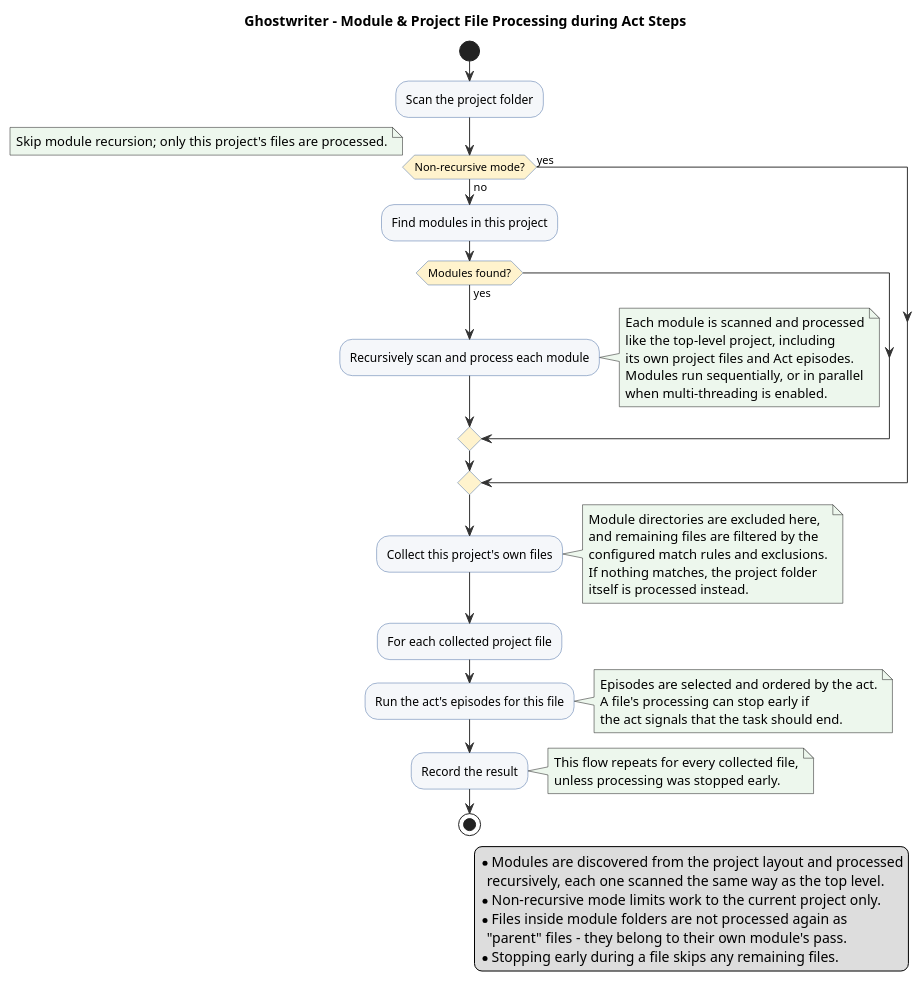
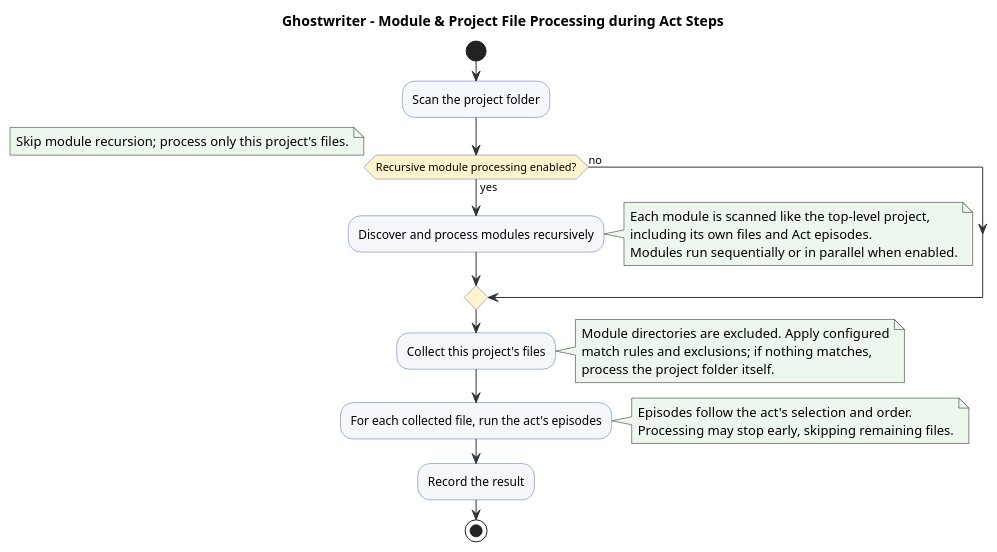
The diagram in src/site/puml/module-file-act-processing.puml (machanism-org/ghostwriter), drawn with PlantUML before and after one commit. The commit also changed 3 other files, not shown here.

First line of the commit message:
docs: clarify processor and act workflow diagrams

```diff
--- a/src/site/puml/module-file-act-processing.puml
+++ b/src/site/puml/module-file-act-processing.puml
@@ -7,66 +7,42 @@
 @startuml
 title Ghostwriter - Module & Project File Processing during Act Steps
 
 skinparam ArrowColor #333333
 skinparam ActivityBackgroundColor #F5F7FA
 skinparam ActivityBorderColor #4A6FA5
 skinparam ActivityDiamondBackgroundColor #FFF3CD
 skinparam NoteBackgroundColor #EDF7ED
 
 start
 
 :Scan the project folder;
 
-if (Non-recursive mode?) then (yes)
-  note right: Skip module recursion; only this project's files are processed.
+if (Recursive module processing enabled?) then (yes)
+  :Discover and process modules recursively;
+  note right
+    Each module is scanned like the top-level project,
+    including its own files and Act episodes.
+    Modules run sequentially or in parallel when enabled.
+  end note
 else (no)
-  :Find modules in this project;
-  if (Modules found?) then (yes)
-    :Recursively scan and process each module;
-    note right
-      Each module is scanned and processed
-      like the top-level project, including
-      its own project files and Act episodes.
-      Modules run sequentially, or in parallel
-      when multi-threading is enabled.
-    end note
-  endif
+  note right: Skip module recursion; process only this project's files.
 endif
 
-:Collect this project's own files;
+:Collect this project's files;
 note right
-  Module directories are excluded here,
-  and remaining files are filtered by the
-  configured match rules and exclusions.
-  If nothing matches, the project folder
-  itself is processed instead.
+  Module directories are excluded. Apply configured
+  match rules and exclusions; if nothing matches,
+  process the project folder itself.
 end note
 
-:For each collected project file;
-
-:Run the act's episodes for this file;
+:For each collected file, run the act's episodes;
 note right
-  Episodes are selected and ordered by the act.
-  A file's processing can stop early if
-  the act signals that the task should end.
+  Episodes follow the act's selection and order.
+  Processing may stop early, skipping remaining files.
 end note
 
 :Record the result;
 
-note right
-  This flow repeats for every collected file,
-  unless processing was stopped early.
-end note
-
 stop
 
-legend right
-  * Modules are discovered from the project layout and processed
-    recursively, each one scanned the same way as the top level.
-  * Non-recursive mode limits work to the current project only.
-  * Files inside module folders are not processed again as
-    "parent" files - they belong to their own module's pass.
-  * Stopping early during a file skips any remaining files.
-endlegend
-
 @enduml
```
